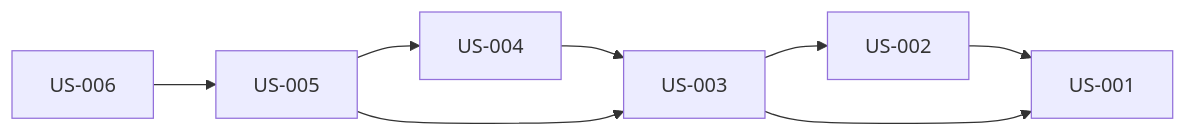
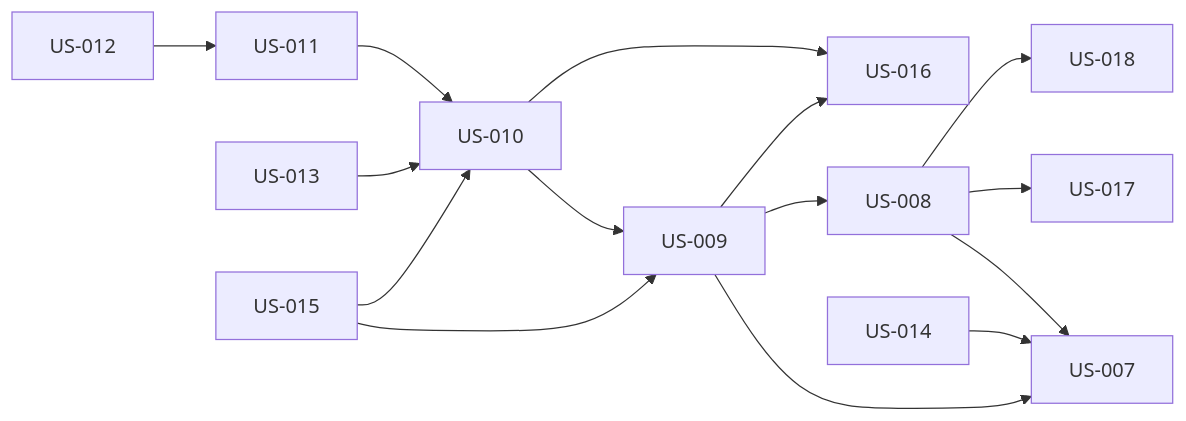
One commit to VitorAndTxr/Bioteca.Prism.InteroperableResearchInterfaceSystem changed the diagram in docs/agent_docs/backlog/BACKLOG.md. Above: the diagram before and after it, drawn with Mermaid. The commit also changed other lines of this file and 25 other files, not shown here.

````diff
--- a/docs/agent_docs/backlog/BACKLOG.md
+++ b/docs/agent_docs/backlog/BACKLOG.md
@@ -137,10 +276,17 @@
 ```mermaid
 graph LR
-    US002["US-002"] --> US001["US-001"]
-    US003["US-003"] --> US001["US-001"]
-    US003["US-003"] --> US002["US-002"]
-    US004["US-004"] --> US003["US-003"]
-    US005["US-005"] --> US003["US-003"]
-    US005["US-005"] --> US004["US-004"]
-    US006["US-006"] --> US005["US-005"]
+    US008["US-008"] --> US007["US-007"]
+    US008["US-008"] --> US017["US-017"]
+    US008["US-008"] --> US018["US-018"]
+    US009["US-009"] --> US007["US-007"]
+    US009["US-009"] --> US008["US-008"]
+    US009["US-009"] --> US016["US-016"]
+    US010["US-010"] --> US009["US-009"]
+    US010["US-010"] --> US016["US-016"]
+    US011["US-011"] --> US010["US-010"]
+    US012["US-012"] --> US011["US-011"]
+    US013["US-013"] --> US010["US-010"]
+    US014["US-014"] --> US007["US-007"]
+    US015["US-015"] --> US009["US-009"]
+    US015["US-015"] --> US010["US-010"]
 ```
````
